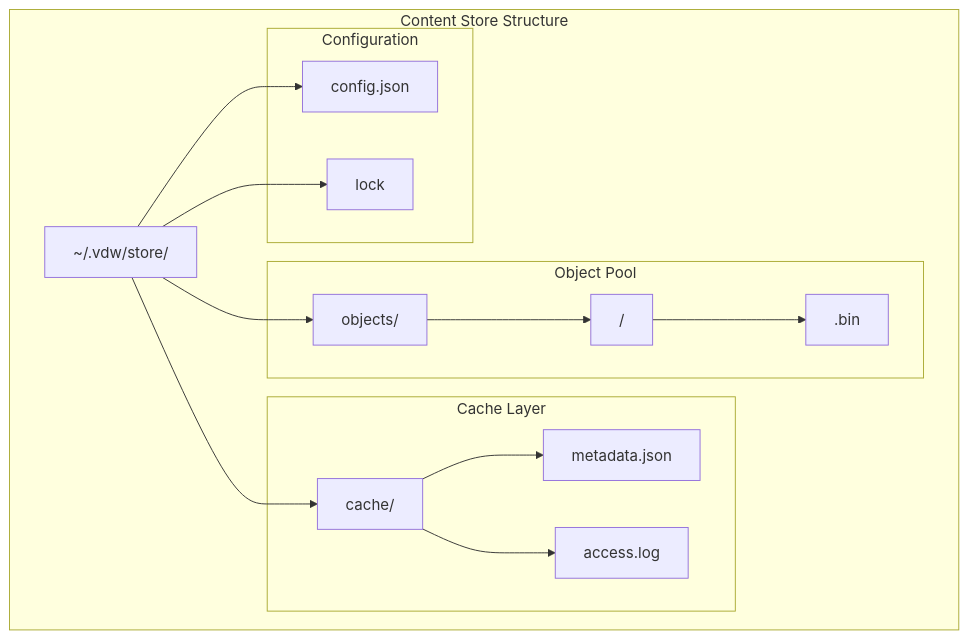
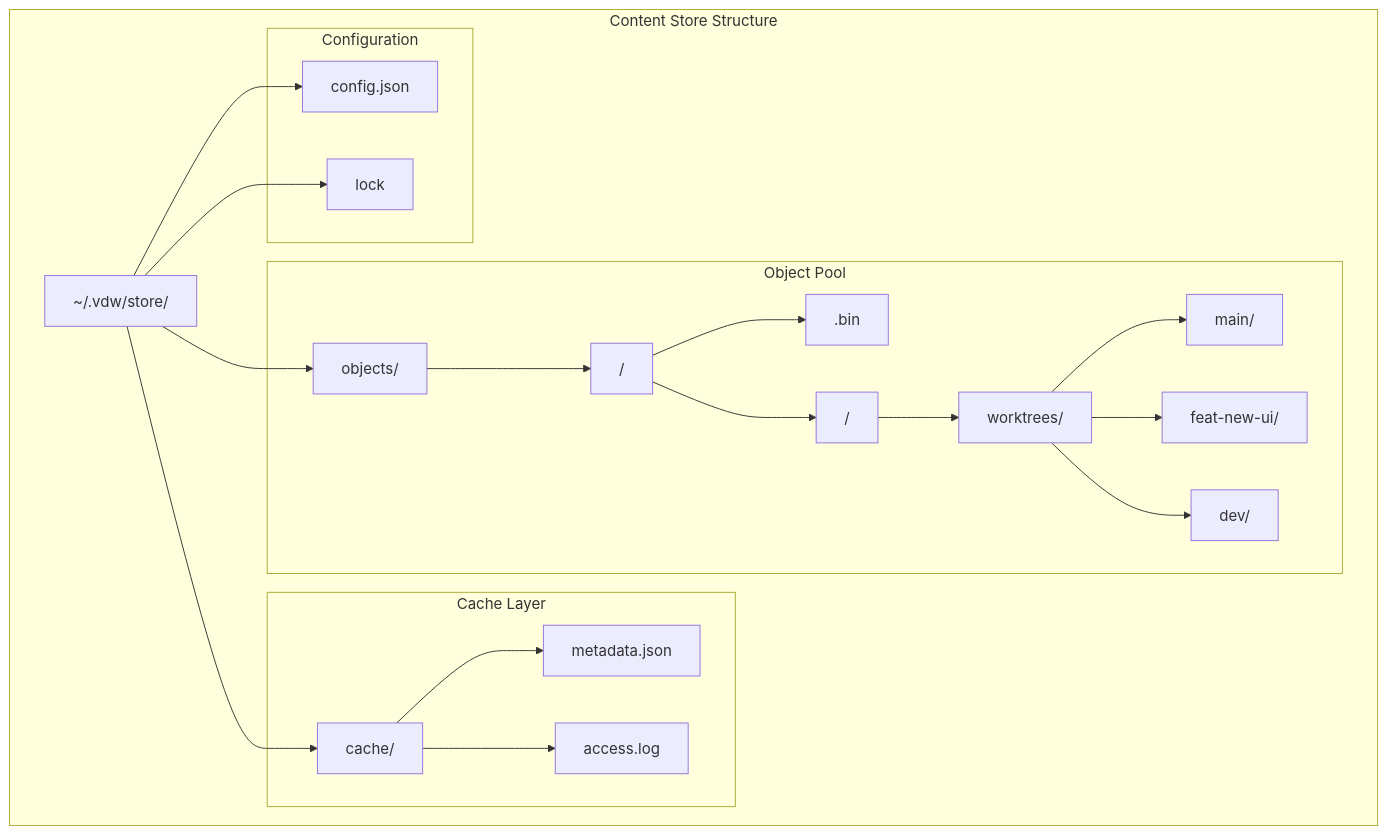
Before and after one commit to HWH-2019/vdw: the fourth of 12 diagrams in .qoder/repowiki/en/content/Core Features Documentation/Core Features Documentation.md, drawn with Mermaid. The commit also changed other lines of this file and 20 other files, not shown here.

````diff
--- a/.qoder/repowiki/en/content/Core Features Documentation/Core Features Documentation.md
+++ b/.qoder/repowiki/en/content/Core Features Documentation/Core Features Documentation.md
@@ -316,28 +344,38 @@
 ```mermaid
 graph TB
 subgraph "Content Store Structure"
 StoreRoot[~/.vdw/store/]
 subgraph "Object Pool"
 ObjectsDir[objects/]
 CommitDirs[<commit-hash>/]
 ObjectFiles[<blob-content-hash>.bin]
+BareRepos[<repo-hash>/]
+WorktreeDirs[worktrees/]
+MainWT[main/]
+FeatureWT[feat-new-ui/]
+DevWT[dev/]
 end
 subgraph "Cache Layer"
 CacheDir[cache/]
 MetadataCache[metadata.json]
 AccessLog[access.log]
 end
 subgraph "Configuration"
 ConfigFile[config.json]
 LockFile[lock]
 end
 end
 StoreRoot --> ObjectsDir
 StoreRoot --> CacheDir
 StoreRoot --> ConfigFile
 StoreRoot --> LockFile
 ObjectsDir --> CommitDirs
 CommitDirs --> ObjectFiles
+CommitDirs --> BareRepos
+BareRepos --> WorktreeDirs
+WorktreeDirs --> MainWT
+WorktreeDirs --> FeatureWT
+WorktreeDirs --> DevWT
 CacheDir --> MetadataCache
 CacheDir --> AccessLog
 ```
````
